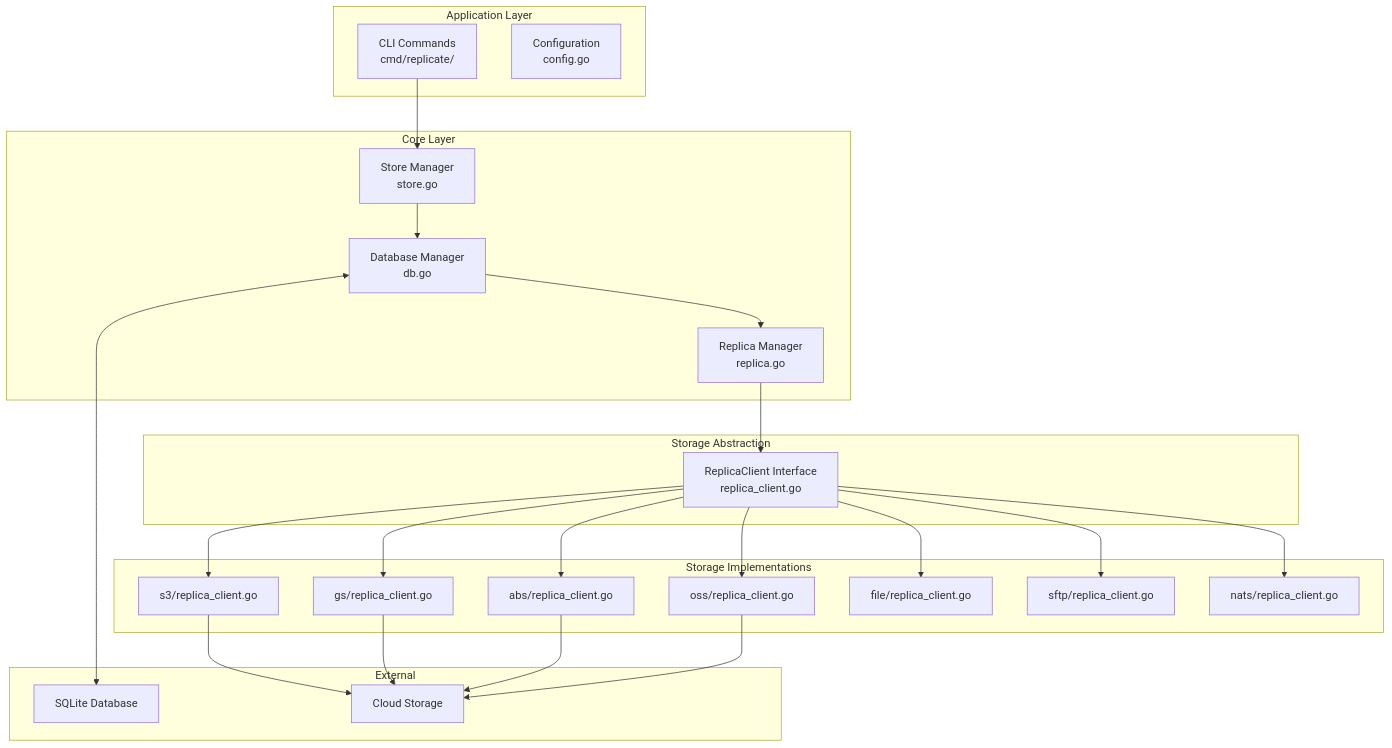
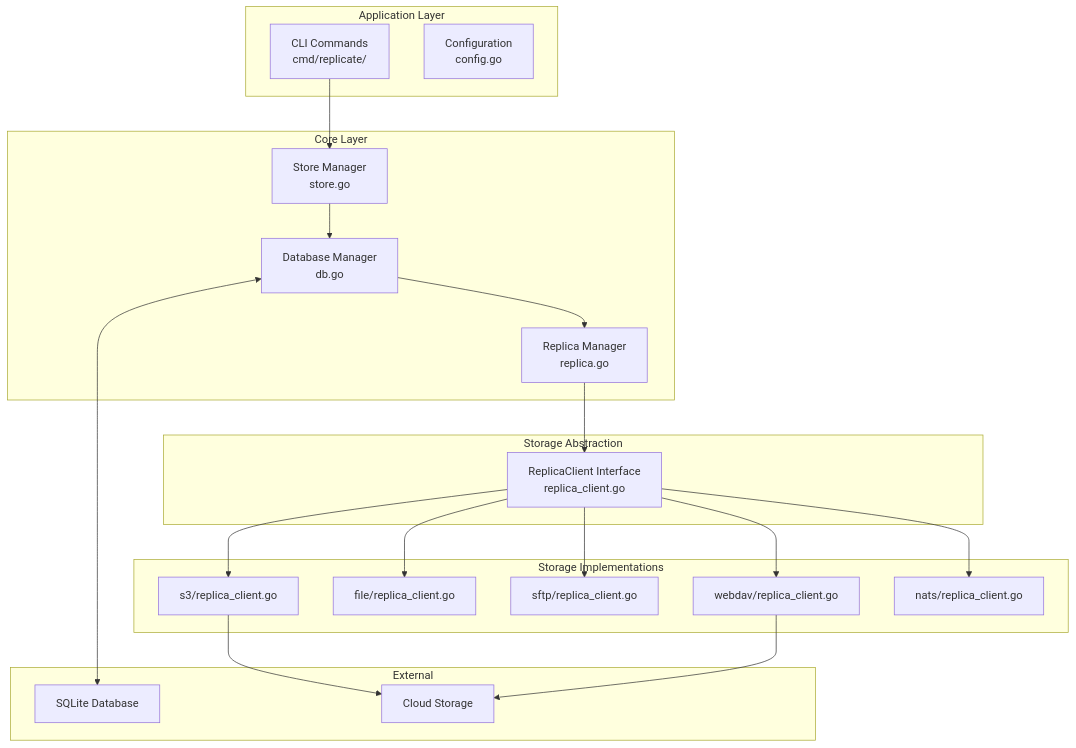
Before and after one commit to hanzoai/replicate: the first of 4 diagrams in docs/ARCHITECTURE.md, drawn with Mermaid. The commit also changed 19 other files, not shown here.

First line of the commit message:
chore: remove the orphans the gs/abs/oss rip left behind

````diff
--- a/docs/ARCHITECTURE.md
+++ b/docs/ARCHITECTURE.md
@@ -22,49 +22,43 @@
 ```mermaid
 graph TB
     subgraph "Application Layer"
         CLI[CLI Commands<br/>cmd/replicate/]
         Config[Configuration<br/>config.go]
     end
 
     subgraph "Core Layer"
         Store[Store Manager<br/>store.go]
         DB[Database Manager<br/>db.go]
         Replica[Replica Manager<br/>replica.go]
     end
 
     subgraph "Storage Abstraction"
         RC[ReplicaClient Interface<br/>replica_client.go]
     end
 
     subgraph "Storage Implementations"
         S3[s3/replica_client.go]
-        GCS[gs/replica_client.go]
-        ABS[abs/replica_client.go]
-        OSS[oss/replica_client.go]
         File[file/replica_client.go]
         SFTP[sftp/replica_client.go]
+        WebDAV[webdav/replica_client.go]
         NATS[nats/replica_client.go]
     end
 
     subgraph "External"
         SQLite[SQLite Database]
         Cloud[Cloud Storage]
     end
 
     CLI --> Store
     Store --> DB
     DB --> Replica
     Replica --> RC
     RC --> S3
-    RC --> GCS
-    RC --> ABS
-    RC --> OSS
     RC --> File
     RC --> SFTP
+    RC --> WebDAV
     RC --> NATS
     DB <--> SQLite
     S3 --> Cloud
-    GCS --> Cloud
-    ABS --> Cloud
-    OSS --> Cloud
+    WebDAV --> Cloud
 ```
````
